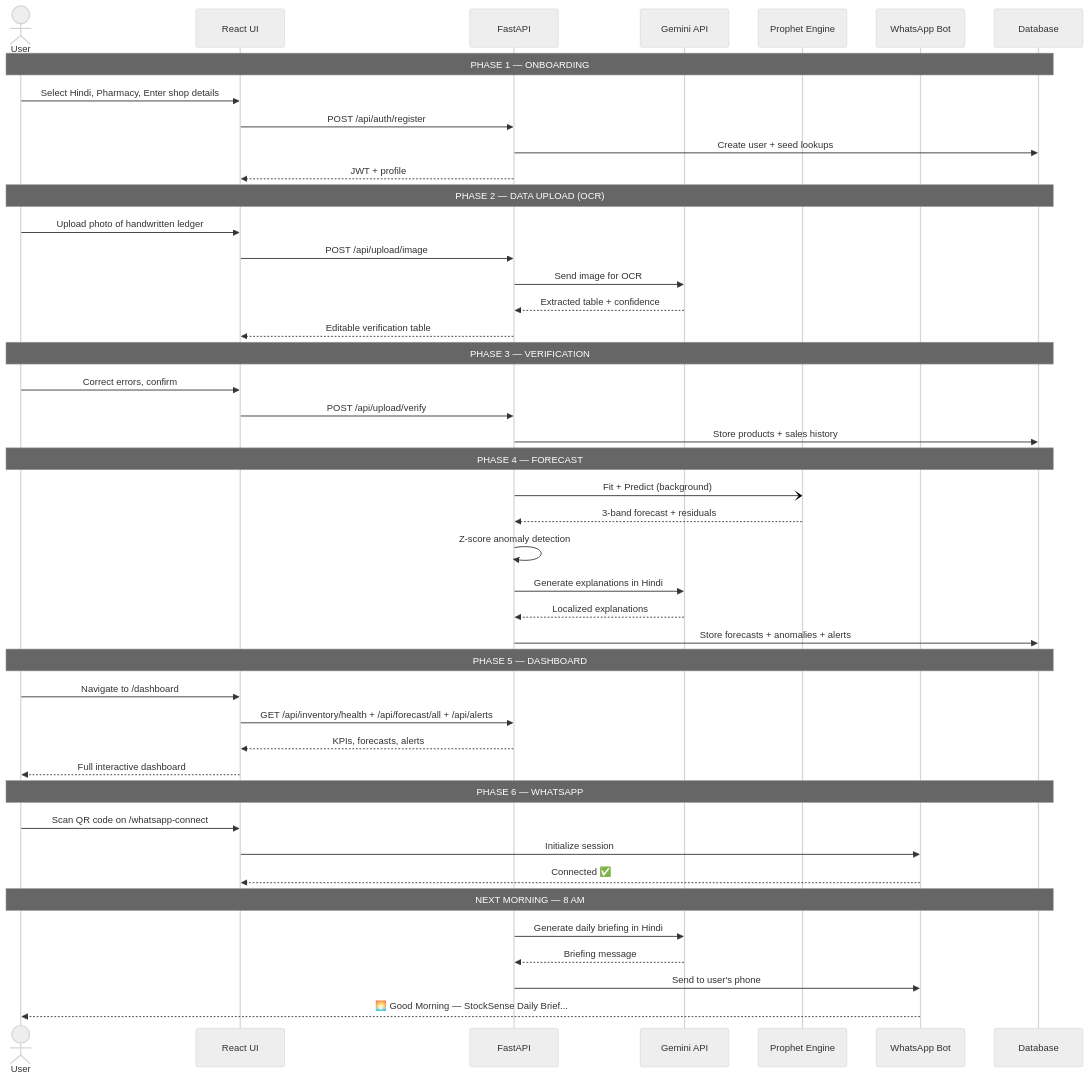
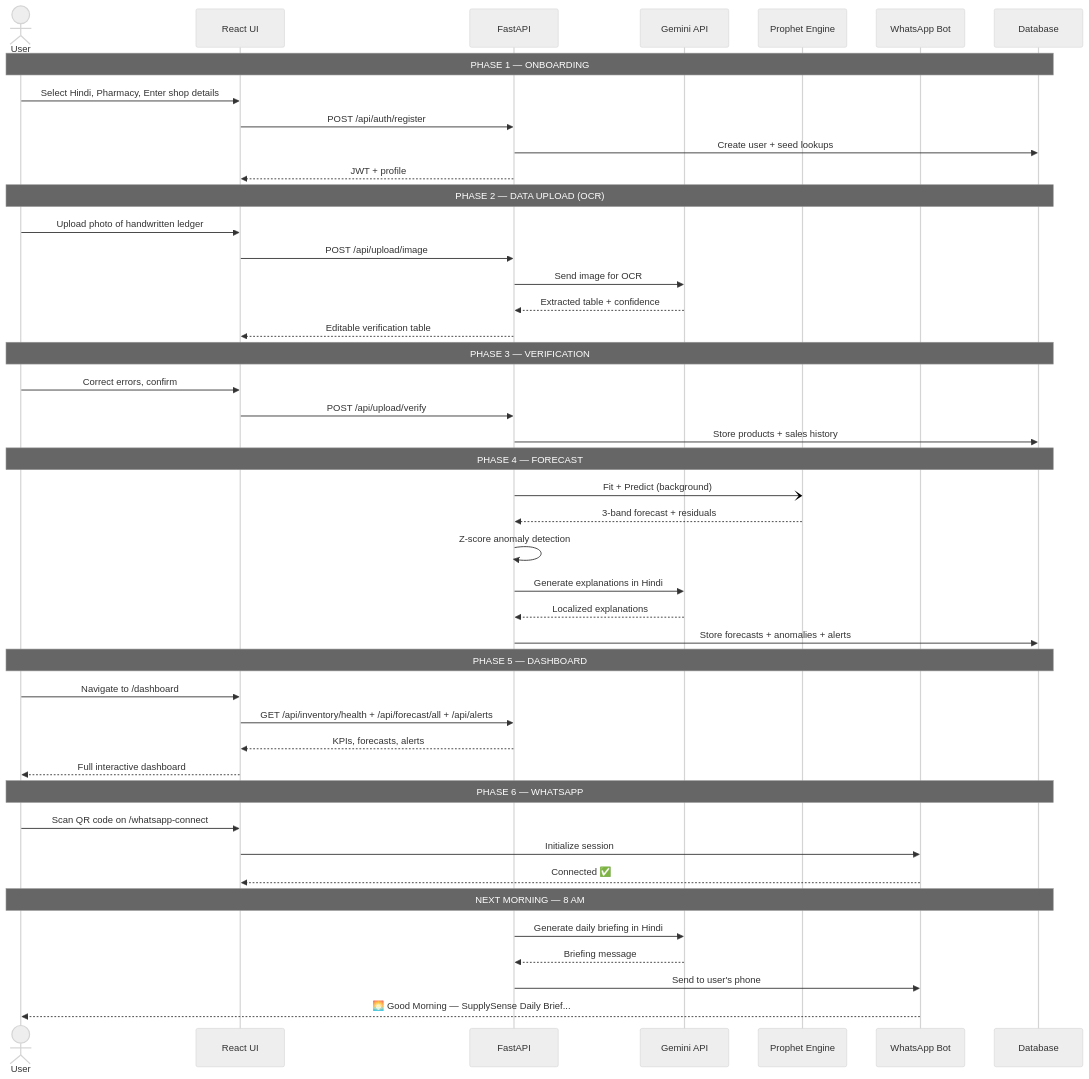
Before and after one commit to Arnav1709/natwest-cfp: diagram 14 of 14 in docs/sequence_diagrams_mermaid.md, drawn with Mermaid (neutral theme). The commit also changed other lines of this file and 51 other files, not shown here.

````diff
--- a/docs/sequence_diagrams_mermaid.md
+++ b/docs/sequence_diagrams_mermaid.md
@@ -542,53 +542,53 @@
 ```mermaid
 sequenceDiagram
     actor User
     participant UI as React UI
     participant API as FastAPI
     participant Gemini as Gemini API
     participant Prophet as Prophet Engine
     participant WA as WhatsApp Bot
     participant DB as Database
 
     Note over User,DB: PHASE 1 — ONBOARDING
     User->>UI: Select Hindi, Pharmacy, Enter shop details
     UI->>API: POST /api/auth/register
     API->>DB: Create user + seed lookups
     API-->>UI: JWT + profile
 
     Note over User,DB: PHASE 2 — DATA UPLOAD (OCR)
     User->>UI: Upload photo of handwritten ledger
     UI->>API: POST /api/upload/image
     API->>Gemini: Send image for OCR
     Gemini-->>API: Extracted table + confidence
     API-->>UI: Editable verification table
 
     Note over User,DB: PHASE 3 — VERIFICATION
     User->>UI: Correct errors, confirm
     UI->>API: POST /api/upload/verify
     API->>DB: Store products + sales history
 
     Note over User,DB: PHASE 4 — FORECAST
     API-)Prophet: Fit + Predict (background)
     Prophet-->>API: 3-band forecast + residuals
     API->>API: Z-score anomaly detection
     API->>Gemini: Generate explanations in Hindi
     Gemini-->>API: Localized explanations
     API->>DB: Store forecasts + anomalies + alerts
 
     Note over User,DB: PHASE 5 — DASHBOARD
     User->>UI: Navigate to /dashboard
     UI->>API: GET /api/inventory/health + /api/forecast/all + /api/alerts
     API-->>UI: KPIs, forecasts, alerts
     UI-->>User: Full interactive dashboard
 
     Note over User,DB: PHASE 6 — WHATSAPP
     User->>UI: Scan QR code on /whatsapp-connect
     UI->>WA: Initialize session
     WA-->>UI: Connected ✅
 
     Note over User,DB: NEXT MORNING — 8 AM
     API->>Gemini: Generate daily briefing in Hindi
     Gemini-->>API: Briefing message
     API->>WA: Send to user's phone
-    WA-->>User: 🌅 Good Morning — StockSense Daily Brief...
+    WA-->>User: 🌅 Good Morning — SupplySense Daily Brief...
 ```
````
